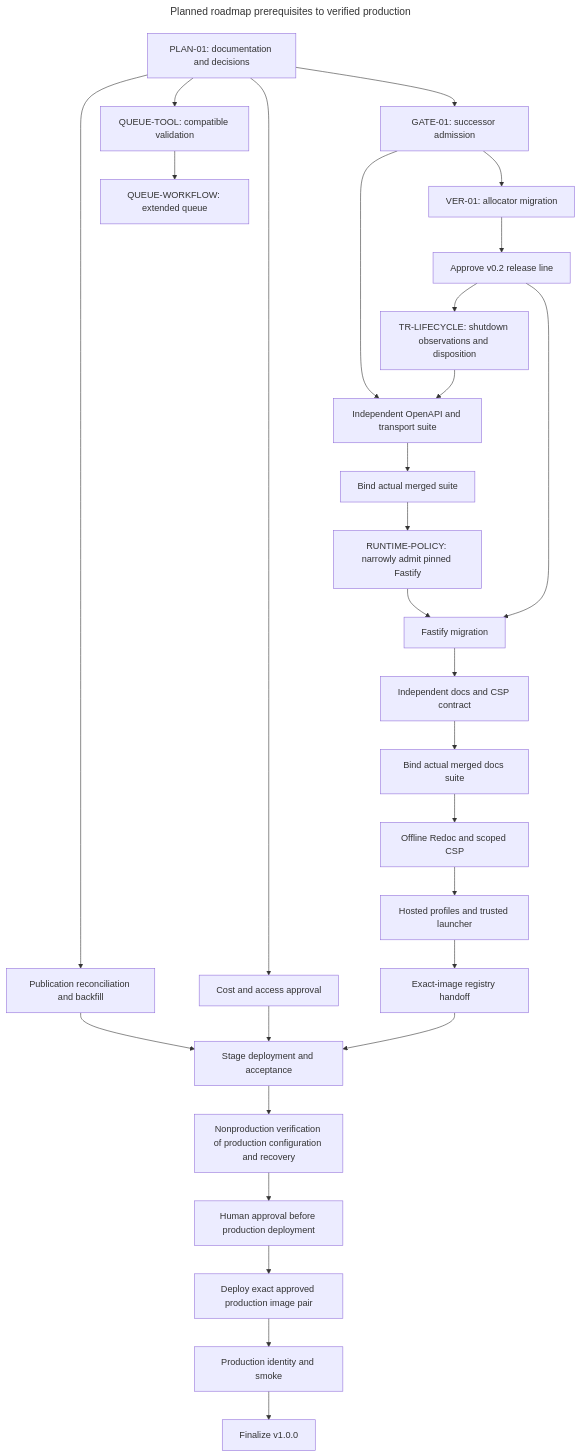
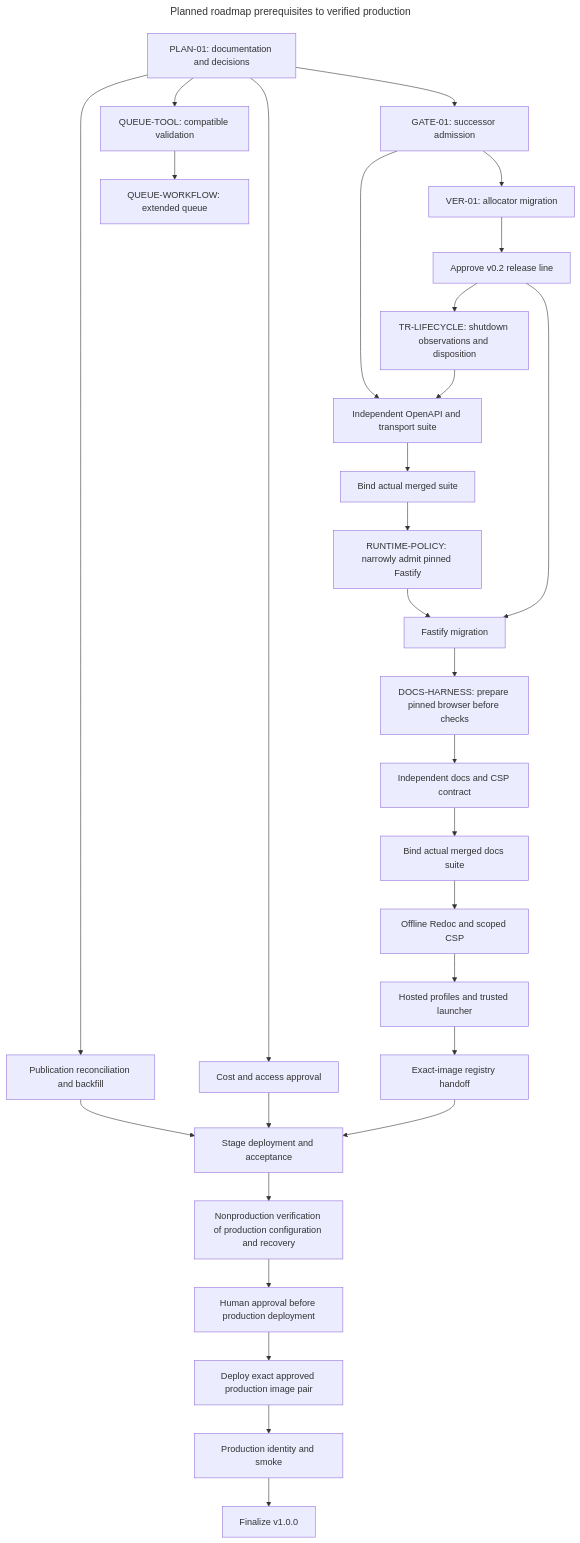
One commit to brobro10000/mp3-frame-counter changed the diagram in docs/roadmap/diagrams/dependencies.mmd. Above: the diagram before and after it, drawn with Mermaid. The commit also changed 22 other files, not shown here.

First line of the commit message:
feat(api): migrate bounded upload transport to Fastify (#19)

```diff
--- a/docs/roadmap/diagrams/dependencies.mmd
+++ b/docs/roadmap/diagrams/dependencies.mmd
@@ -1,40 +1,42 @@
 ---
 title: Planned roadmap prerequisites to verified production
 query: >-
   Show the adopted planning order, not implemented automation. Acceptance-gate migration precedes independent
   successor suites and actual merge binding. Version allocation precedes release-line activation. Transport and
   docs successors are separate. A narrow governance-only dependency policy precedes runtime installation. Verified
-  line activation and truthful lifecycle observations precede transport authoring. Conditional queue-tooling support precedes live queue syntax and is not a hosting prerequisite because
-  reconciliation is the selected fallback. Stage and production evidence precede v1.0.0.
+  line activation and truthful lifecycle observations precede transport authoring. The browser harness precedes docs
+  candidate controls. Conditional queue-tooling support precedes live queue syntax and is not a hosting prerequisite
+  because reconciliation is the selected fallback. Stage and production evidence precede v1.0.0.
 references:
   - 'File: /docs/roadmap/README.md'
   - 'File: /docs/phases/next-iteration.md'
 ---
 flowchart TD
     PLAN["PLAN-01: documentation and decisions"] --> GATE["GATE-01: successor admission"]
     GATE --> VER["VER-01: allocator migration"]
     VER --> LINE["Approve v0.2 release line"]
     LINE --> LIFECYCLE["TR-LIFECYCLE: shutdown observations and disposition"]
     LIFECYCLE --> TRANSPORT["Independent OpenAPI and transport suite"]
     GATE --> TRANSPORT
     TRANSPORT --> TBIND["Bind actual merged suite"]
     LINE --> FASTIFY["Fastify migration"]
     TBIND --> RUNTIME["RUNTIME-POLICY: narrowly admit pinned Fastify"]
     RUNTIME --> FASTIFY
-    FASTIFY --> DOCS["Independent docs and CSP contract"]
+    FASTIFY --> HARNESS["DOCS-HARNESS: prepare pinned browser before checks"]
+    HARNESS --> DOCS["Independent docs and CSP contract"]
     DOCS --> DBIND["Bind actual merged docs suite"]
     DBIND --> REDOC["Offline Redoc and scoped CSP"]
     REDOC --> HOSTTEST["Hosted profiles and trusted launcher"]
     HOSTTEST --> REGISTRY["Exact-image registry handoff"]
     PLAN --> COST["Cost and access approval"]
     REGISTRY --> STAGE["Stage deployment and acceptance"]
     COST --> STAGE
     STAGE --> CANDIDATE["Nonproduction verification of production configuration and recovery"]
     CANDIDATE --> LAUNCH["Human approval before production deployment"]
     LAUNCH --> DEPLOY["Deploy exact approved production image pair"]
     DEPLOY --> SMOKE["Production identity and smoke"]
     SMOKE --> V1["Finalize v1.0.0"]
     PLAN --> RECON["Publication reconciliation and backfill"]
     RECON --> STAGE
     PLAN --> TOOL["QUEUE-TOOL: compatible validation"]
     TOOL --> QUEUE["QUEUE-WORKFLOW: extended queue"]
```
